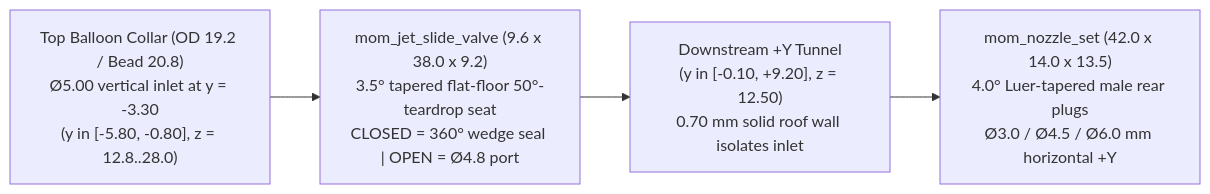
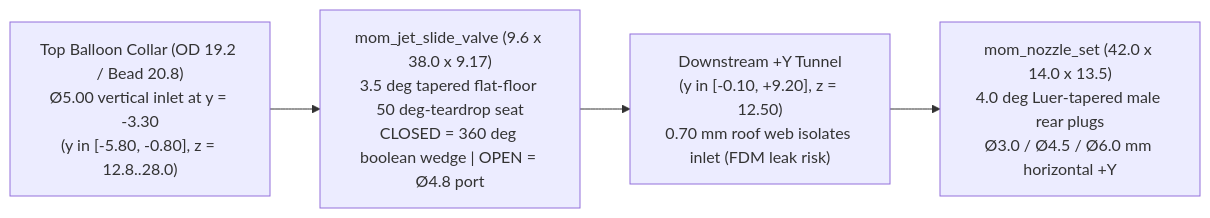
One commit to diydan/ToyVentor changed the second of 2 diagrams in docs/specs/functional-print-mechanics-spec.md. Above: the diagram before and after it, drawn with Mermaid. The commit also changed other lines of this file and 3 other files, not shown here.

````diff
--- a/docs/specs/functional-print-mechanics-spec.md
+++ b/docs/specs/functional-print-mechanics-spec.md
@@ -150,8 +173,8 @@
 ```mermaid
 flowchart LR
   Collar["Top Balloon Collar (OD 19.2 / Bead 20.8)\nØ5.00 vertical inlet at y = -3.30\n(y in [-5.80, -0.80], z = 12.8..28.0)"]
-  Valve["mom_jet_slide_valve (9.6 x 38.0 x 9.2)\n3.5° tapered flat-floor 50°-teardrop seat\nCLOSED = 360° wedge seal | OPEN = Ø4.8 port"]
-  Tunnel["Downstream +Y Tunnel\n(y in [-0.10, +9.20], z = 12.50)\n0.70 mm solid roof wall isolates inlet"]
-  Nozzle["mom_nozzle_set (42.0 x 14.0 x 13.5)\n4.0° Luer-tapered male rear plugs\nØ3.0 / Ø4.5 / Ø6.0 mm horizontal +Y"]
+  Valve["mom_jet_slide_valve (9.6 x 38.0 x 9.17)\n3.5 deg tapered flat-floor 50 deg-teardrop seat\nCLOSED = 360 deg boolean wedge | OPEN = Ø4.8 port"]
+  Tunnel["Downstream +Y Tunnel\n(y in [-0.10, +9.20], z = 12.50)\n0.70 mm roof web isolates inlet (FDM leak risk)"]
+  Nozzle["mom_nozzle_set (42.0 x 14.0 x 13.5)\n4.0 deg Luer-tapered male rear plugs\nØ3.0 / Ø4.5 / Ø6.0 mm horizontal +Y"]
   Collar --> Valve --> Tunnel --> Nozzle
 ```
````
